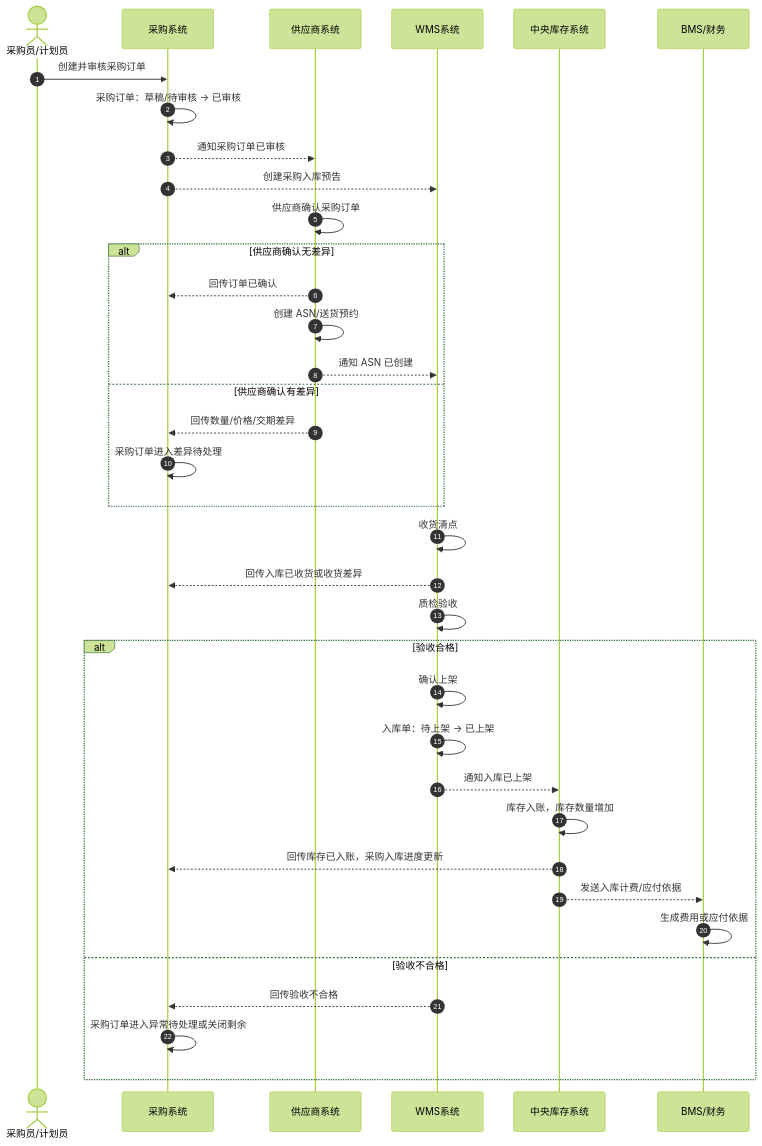
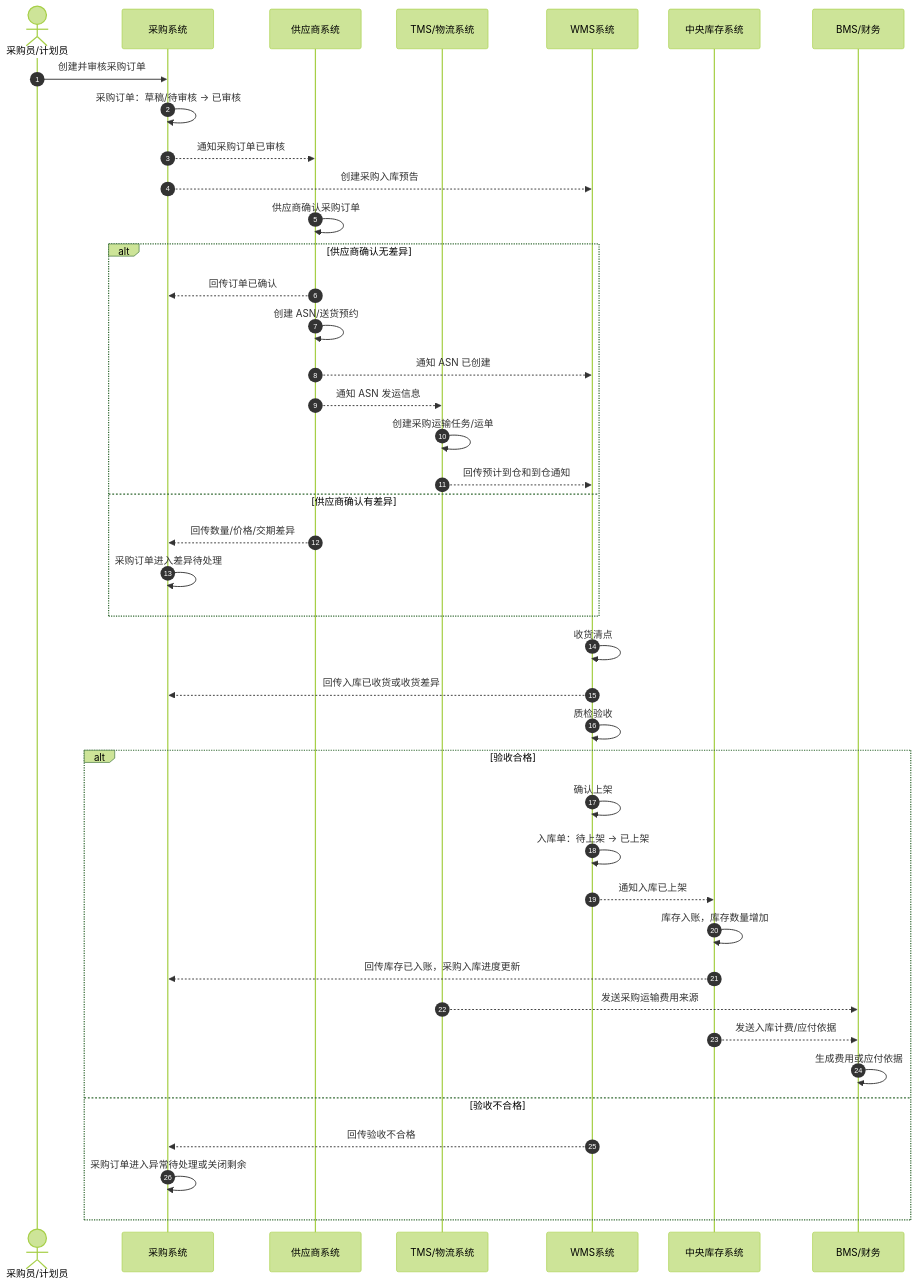
One commit to chao1927/scm changed the second of 2 diagrams in docs/02-业务流程/03-1-采购入库业务流程.md. Above: the diagram before and after it, drawn with Mermaid (forest theme). The commit also changed other lines of this file and 118 other files, not shown here.

````diff
--- a/docs/02-业务流程/03-1-采购入库业务流程.md
+++ b/docs/02-业务流程/03-1-采购入库业务流程.md
@@ -146,41 +165,46 @@
 ```mermaid
 sequenceDiagram
   autonumber
   actor Buyer as 采购员/计划员
   participant PUR as 采购系统
   participant SRM as 供应商系统
+  participant TMS as TMS/物流系统
   participant WMS as WMS系统
   participant INV as 中央库存系统
   participant BMS as BMS/财务
 
   Buyer->>PUR: 创建并审核采购订单
   PUR->>PUR: 采购订单：草稿/待审核 -> 已审核
   PUR-->>SRM: 通知采购订单已审核
   PUR-->>WMS: 创建采购入库预告
 
   SRM->>SRM: 供应商确认采购订单
   alt 供应商确认无差异
     SRM-->>PUR: 回传订单已确认
     SRM->>SRM: 创建 ASN/送货预约
     SRM-->>WMS: 通知 ASN 已创建
+    SRM-->>TMS: 通知 ASN 发运信息
+    TMS->>TMS: 创建采购运输任务/运单
+    TMS-->>WMS: 回传预计到仓和到仓通知
   else 供应商确认有差异
     SRM-->>PUR: 回传数量/价格/交期差异
     PUR->>PUR: 采购订单进入差异待处理
   end
 
   WMS->>WMS: 收货清点
   WMS-->>PUR: 回传入库已收货或收货差异
   WMS->>WMS: 质检验收
   alt 验收合格
     WMS->>WMS: 确认上架
     WMS->>WMS: 入库单：待上架 -> 已上架
     WMS-->>INV: 通知入库已上架
     INV->>INV: 库存入账，库存数量增加
     INV-->>PUR: 回传库存已入账，采购入库进度更新
+    TMS-->>BMS: 发送采购运输费用来源
     INV-->>BMS: 发送入库计费/应付依据
     BMS->>BMS: 生成费用或应付依据
   else 验收不合格
     WMS-->>PUR: 回传验收不合格
     PUR->>PUR: 采购订单进入异常待处理或关闭剩余
   end
 ```
````
